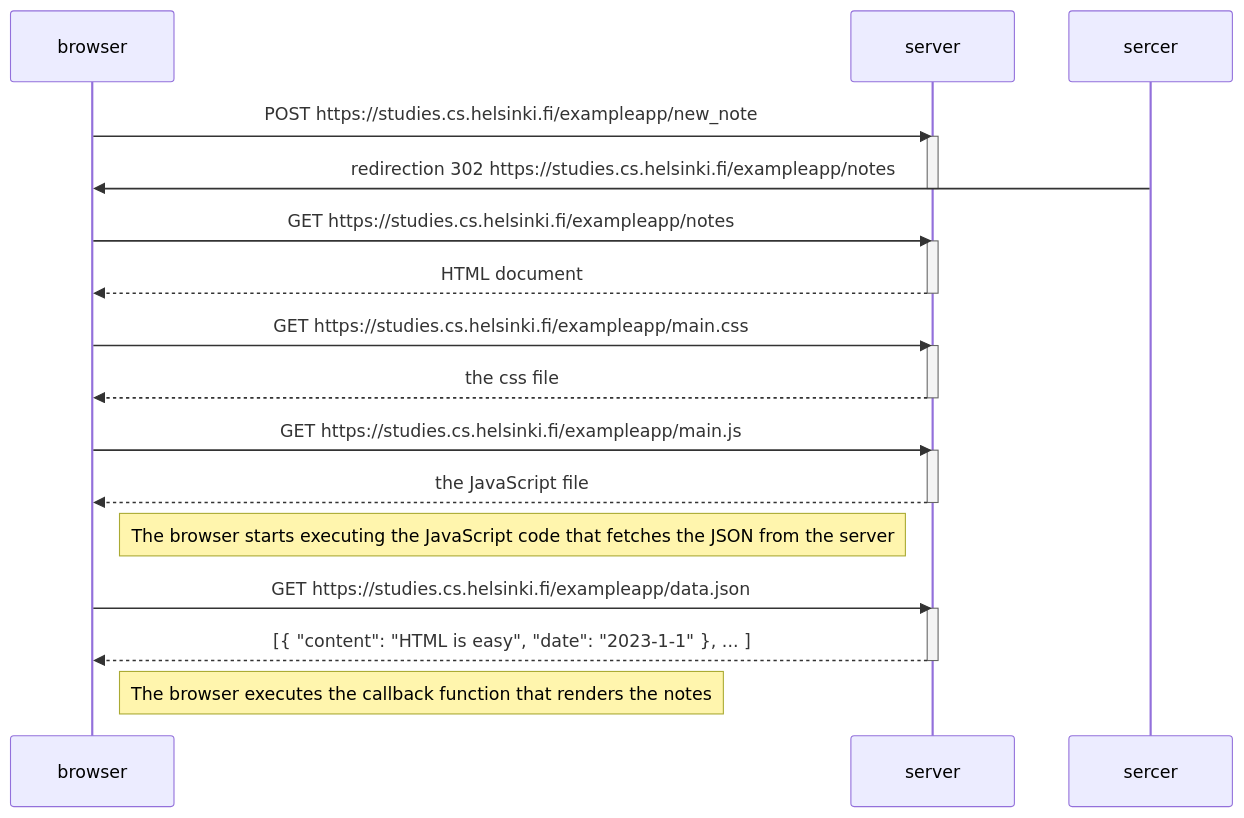
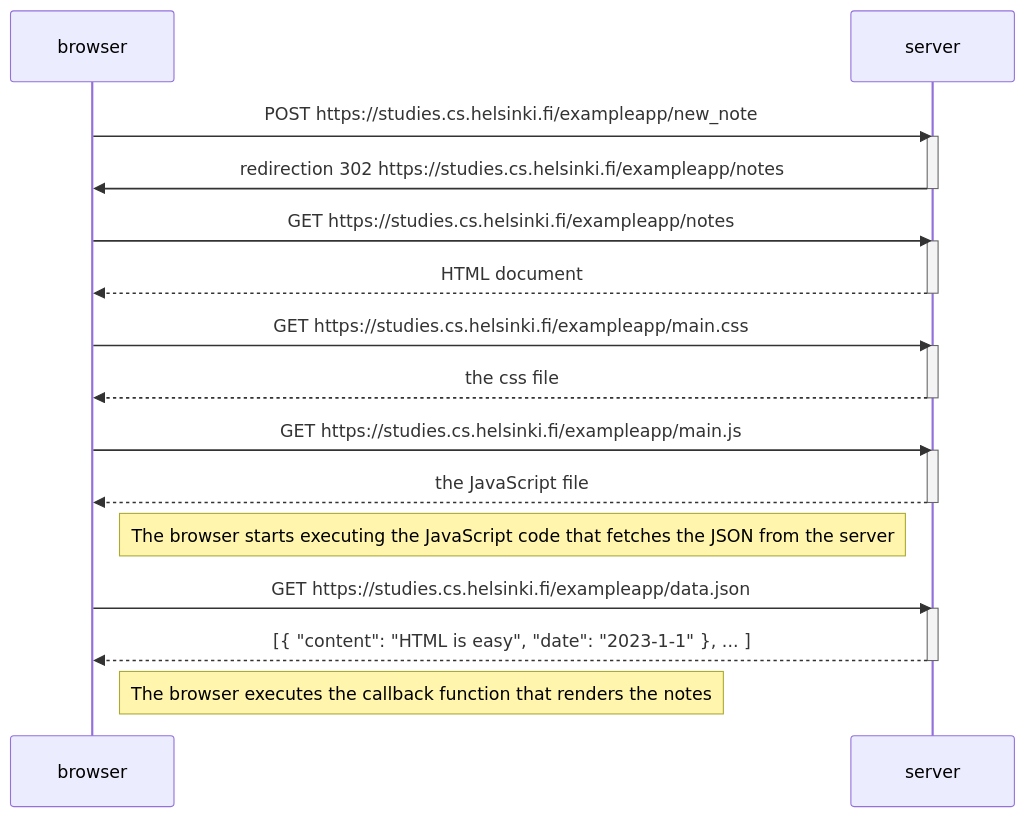
Before and after one commit to dangelrubio/fullstackopen: the diagram in Part_0/Exercise_01/Part0_exercise4.md, drawn with Mermaid.

Commit message:
fix( Part0_exercise4.md): fix sercer error instead server

````diff
--- a/Part_0/Exercise_01/Part0_exercise4.md
+++ b/Part_0/Exercise_01/Part0_exercise4.md
@@ -1,34 +1,34 @@
 ```mermaid
 sequenceDiagram
     participant browser
     participant server
 
     browser->>server: POST https://studies.cs.helsinki.fi/exampleapp/new_note
     activate server
-    sercer->>browser: redirection 302 https://studies.cs.helsinki.fi/exampleapp/notes
+    server->>browser: redirection 302 https://studies.cs.helsinki.fi/exampleapp/notes
     deactivate server
 
     browser->>server: GET https://studies.cs.helsinki.fi/exampleapp/notes
     activate server
     server-->>browser: HTML document
     deactivate server
 
     browser->>server: GET https://studies.cs.helsinki.fi/exampleapp/main.css
     activate server
     server-->>browser: the css file
     deactivate server
 
     browser->>server: GET https://studies.cs.helsinki.fi/exampleapp/main.js
     activate server
     server-->>browser: the JavaScript file
     deactivate server
 
     Note right of browser: The browser starts executing the JavaScript code that fetches the JSON from the server
 
     browser->>server: GET https://studies.cs.helsinki.fi/exampleapp/data.json
     activate server
     server-->>browser: [{ "content": "HTML is easy", "date": "2023-1-1" }, ... ]
     deactivate server
 
     Note right of browser: The browser executes the callback function that renders the notes
 ```
````
